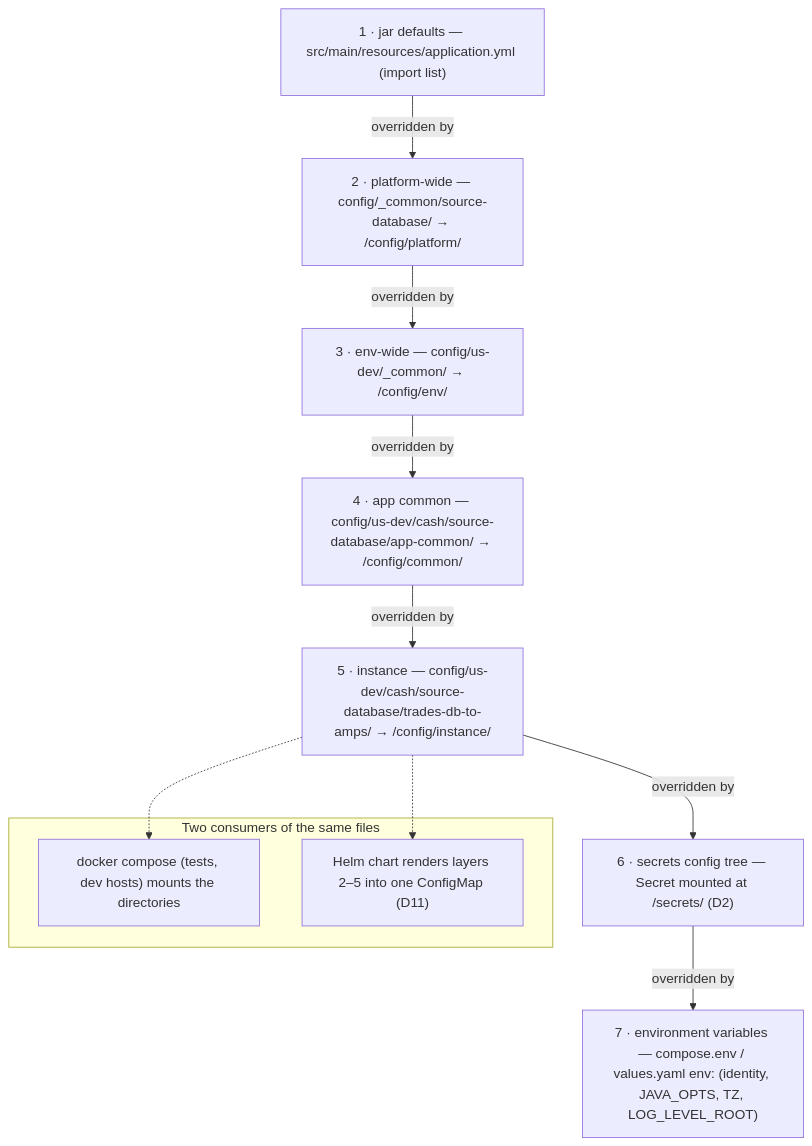
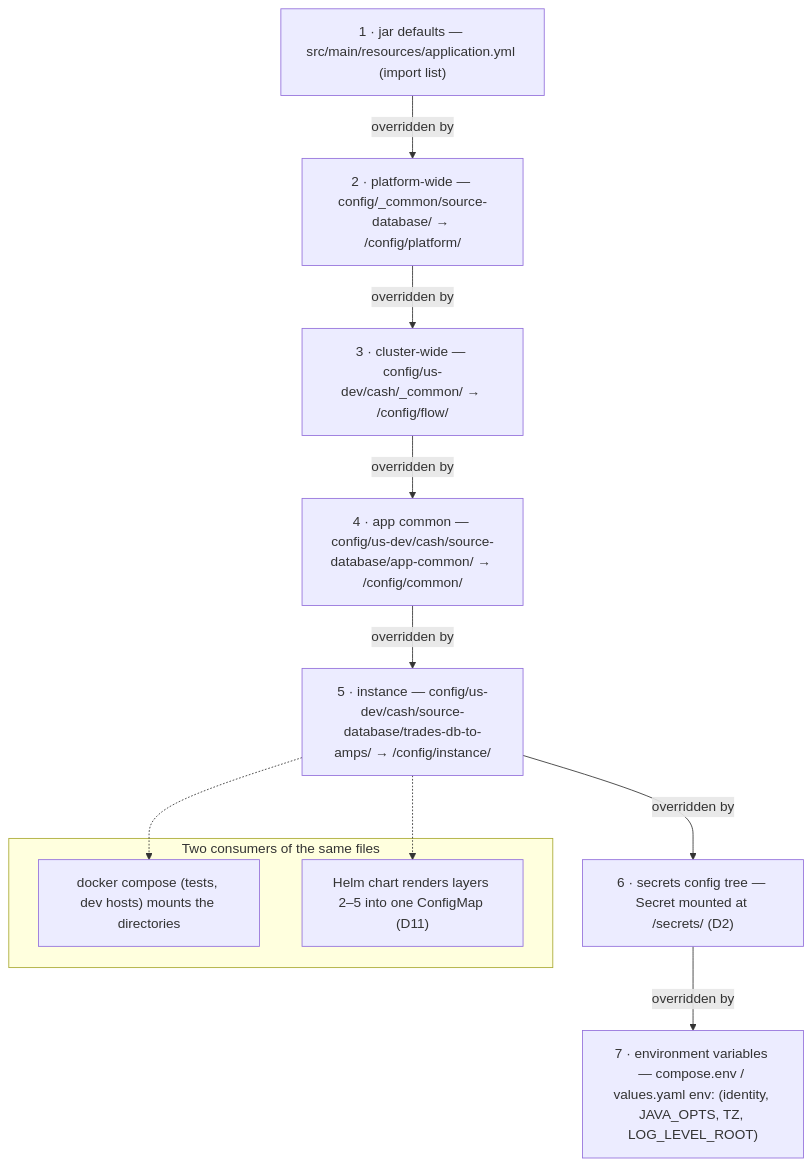
The first of 4 diagrams in docs/05-configuration-management.md (crazymatthsu/github-demo), drawn with Mermaid before and after one commit. The commit also changed other lines of this file and 10 other files, not shown here.

First line of the commit message:
docs(adr): DL-44 — the cluster layer config/<env>/<flow>/_common/ replaces the env-wide layer (v1.8)

````diff
--- a/docs/05-configuration-management.md
+++ b/docs/05-configuration-management.md
@@ -377,17 +377,17 @@
 ```mermaid
 flowchart TB
   l1["1 · jar defaults — src/main/resources/application.yml (import list)"]
   l2["2 · platform-wide — config/_common/source-database/ → /config/platform/"]
-  l3["3 · env-wide — config/us-dev/_common/ → /config/env/"]
+  l3["3 · cluster-wide — config/us-dev/cash/_common/ → /config/flow/"]
   l4["4 · app common — config/us-dev/cash/source-database/app-common/ → /config/common/"]
   l5["5 · instance — config/us-dev/cash/source-database/trades-db-to-amps/ → /config/instance/"]
   l6["6 · secrets config tree — Secret mounted at /secrets/ (D2)"]
   l7["7 · environment variables — compose.env / values.yaml env: (identity, JAVA_OPTS, TZ, LOG_LEVEL_ROOT)"]
   l1 -->|"overridden by"| l2 -->|"overridden by"| l3 -->|"overridden by"| l4 -->|"overridden by"| l5 -->|"overridden by"| l6 -->|"overridden by"| l7
   subgraph consumers["Two consumers of the same files"]
     cmp["docker compose (tests, dev hosts) mounts the directories"]
     k8s["Helm chart renders layers 2–5 into one ConfigMap (D11)"]
   end
   l5 -.-> cmp
   l5 -.-> k8s
 ```
````
